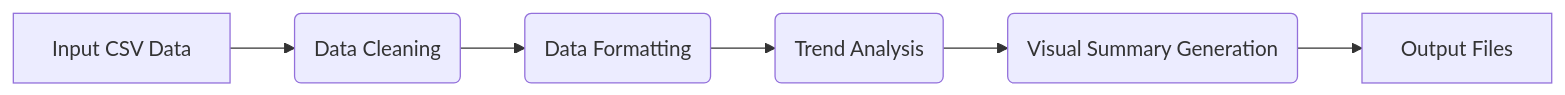
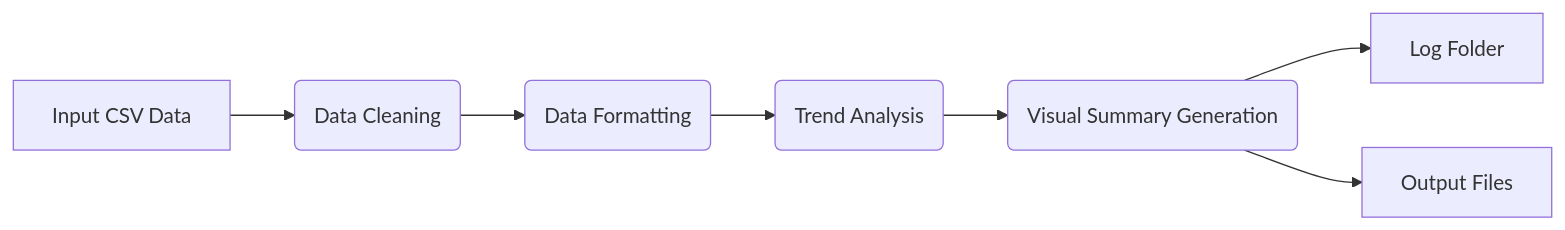
The first of 2 diagrams in README.md (neozeph/devops-csv-automation), drawn with Mermaid before and after one commit. The commit also changed other lines of this file, not shown here.

````diff
--- a/README.md
+++ b/README.md
@@ -192,8 +209,9 @@
 ```mermaid
 graph LR
     A[Input CSV Data] --> B(Data Cleaning)
     B --> C(Data Formatting)
     C --> D(Trend Analysis)
     D --> E(Visual Summary Generation)
+    E --> L[Log Folder]
     E --> F[Output Files]
 ```
````
